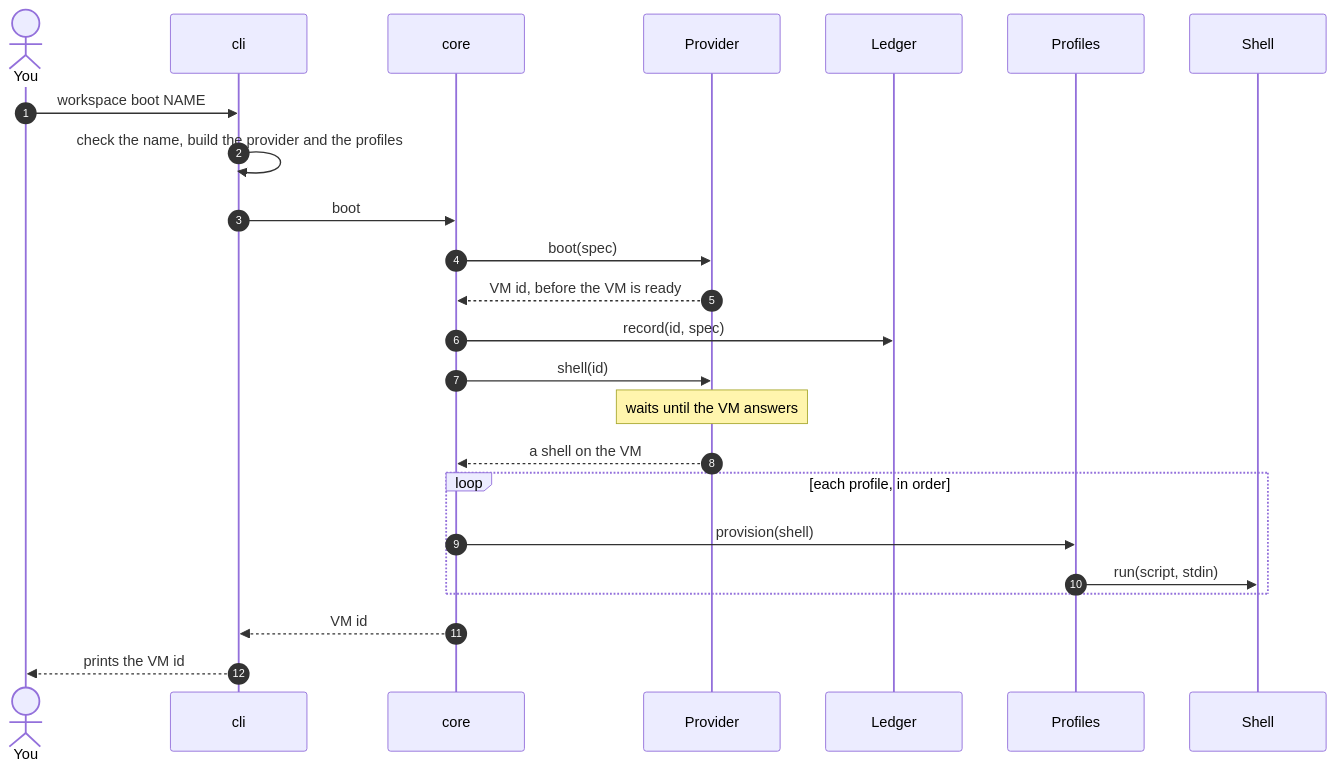
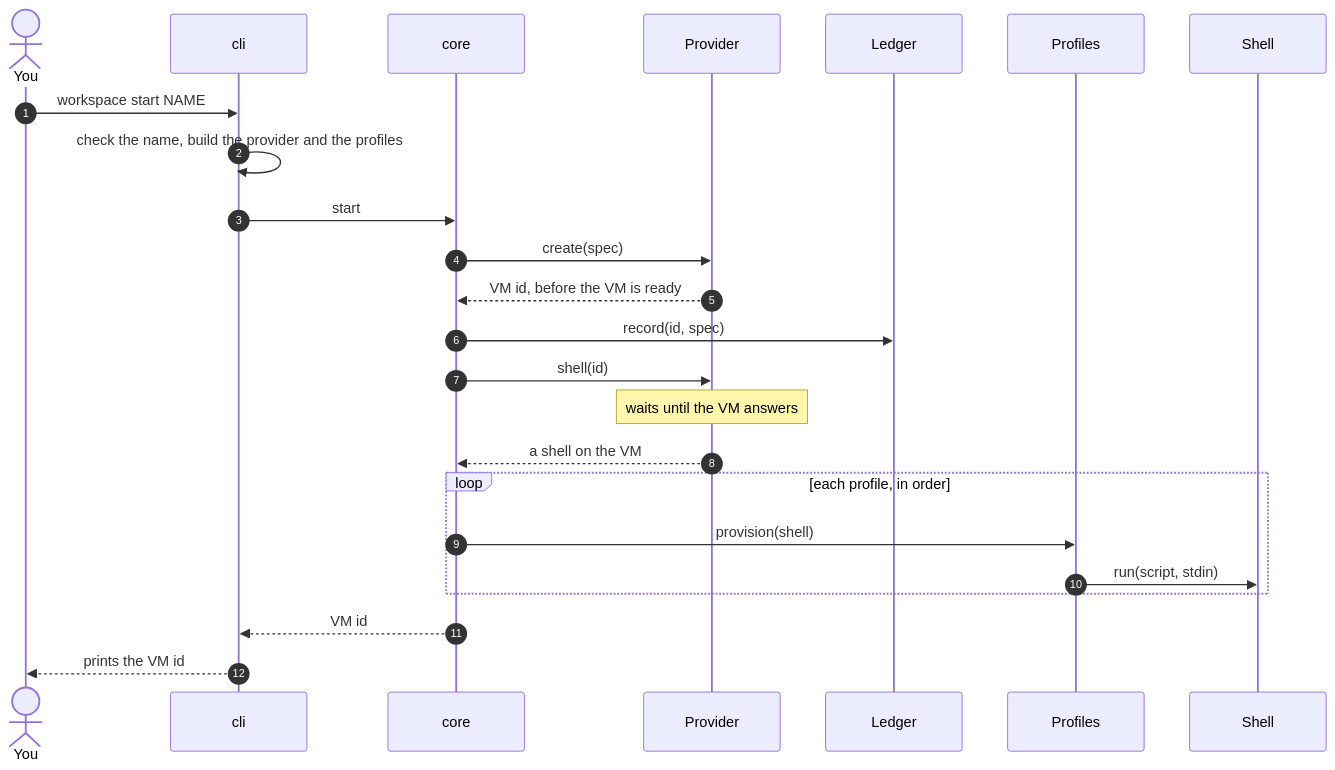
Before and after one commit to NextNodeSolutions/workspace: the third of 6 diagrams in docs/architecture.md, drawn with Mermaid. The commit also changed other lines of this file and 15 other files, not shown here.

First line of the commit message:
feat: rename boot to start and close to stop

````diff
--- a/docs/architecture.md
+++ b/docs/architecture.md
@@ -63,26 +63,26 @@
 ```mermaid
 sequenceDiagram
     autonumber
     actor You
     participant CLI as cli
     participant Core as core
     participant P as Provider
     participant L as Ledger
     participant Pr as Profiles
     participant S as Shell
-    You->>CLI: workspace boot NAME
+    You->>CLI: workspace start NAME
     CLI->>CLI: check the name, build the provider and the profiles
-    CLI->>Core: boot
-    Core->>P: boot(spec)
+    CLI->>Core: start
+    Core->>P: create(spec)
     P-->>Core: VM id, before the VM is ready
     Core->>L: record(id, spec)
     Core->>P: shell(id)
     Note over P: waits until the VM answers
     P-->>Core: a shell on the VM
     loop each profile, in order
         Core->>Pr: provision(shell)
         Pr->>S: run(script, stdin)
     end
     Core-->>CLI: VM id
     CLI-->>You: prints the VM id
 ```
````
